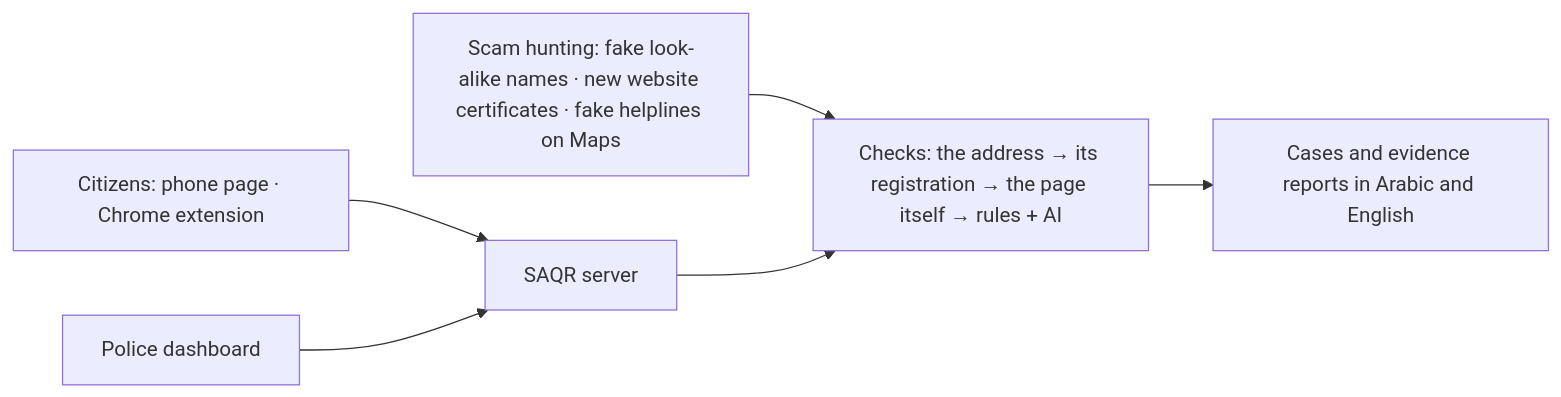
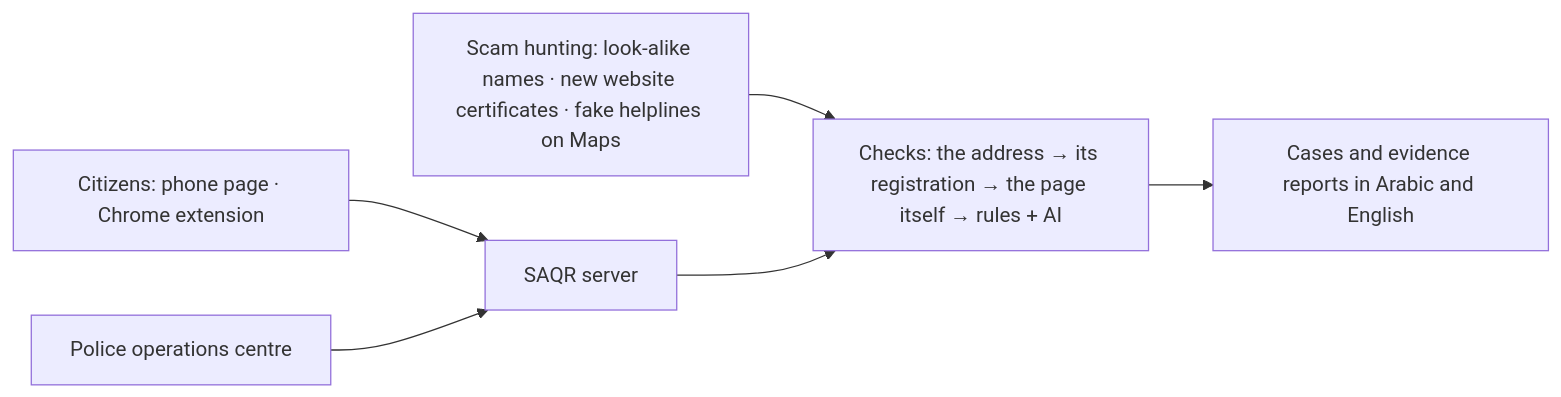
The diagram in README.md (MohamedsCode/SAQR), drawn with Mermaid before and after one commit. The commit also changed other lines of this file and 3 other files, not shown here.

First line of the commit message:
Show the fraud warning and the police operations centre in the README

````diff
--- a/README.md
+++ b/README.md
@@ -37,8 +68,8 @@
 ```mermaid
 flowchart LR
     citizen["Citizens: phone page · Chrome extension"] --> server["SAQR server"]
-    police["Police dashboard"] --> server
-    discovery["Scam hunting: fake look-alike names · new website certificates · fake helplines on Maps"] --> checks
+    police["Police operations centre"] --> server
+    discovery["Scam hunting: look-alike names · new website certificates · fake helplines on Maps"] --> checks
     server --> checks["Checks: the address → its registration → the page itself → rules + AI"]
     checks --> evidence["Cases and evidence reports in Arabic and English"]
 ```
````
